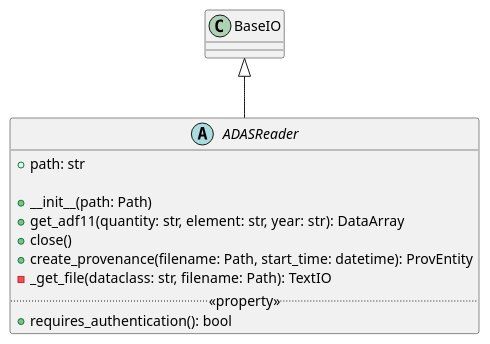
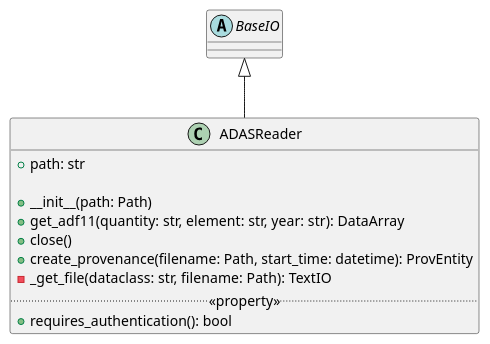
The fifth of 7 diagrams in doc/design.rst (indica-mcf/Indica), drawn with PlantUML before and after one commit. The commit also changed other lines of this file, not shown here.

Commit message:
Small corrections to UML in docs

```diff
--- a/doc/design.rst
+++ b/doc/design.rst
@@ -417,15 +419,17 @@
 .. uml::
 
-   abstract class ADASReader {
+   class ADASReader {
    + path: str
 
    + __init__(path: Path)
    + get_adf11(quantity: str, element: str, year: str): DataArray
    + close()
    + create_provenance(filename: Path, start_time: datetime): ProvEntity
    - _get_file(dataclass: str, filename: Path): TextIO
    .. «property» ..
    + requires_authentication(): bool
    }
 
+   abstract class BaseIO
+
    BaseIO <|-- ADASReader
```
